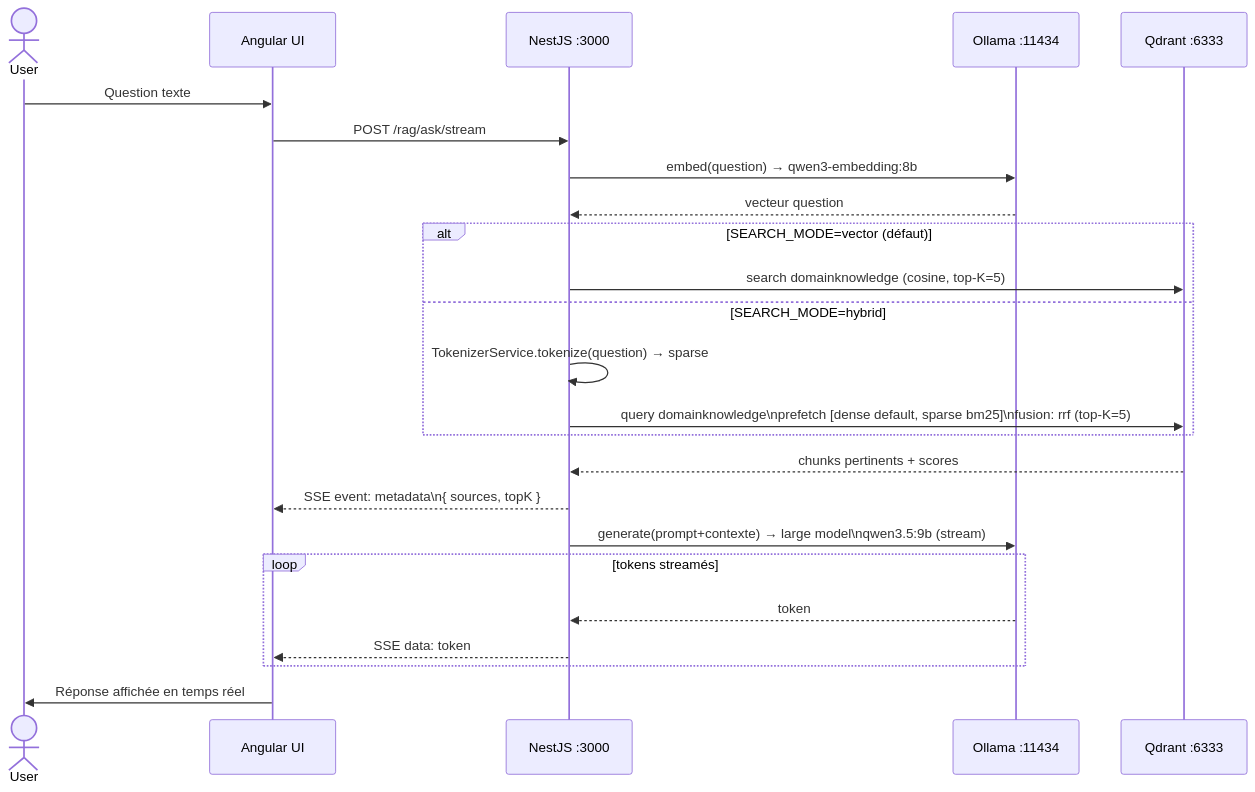
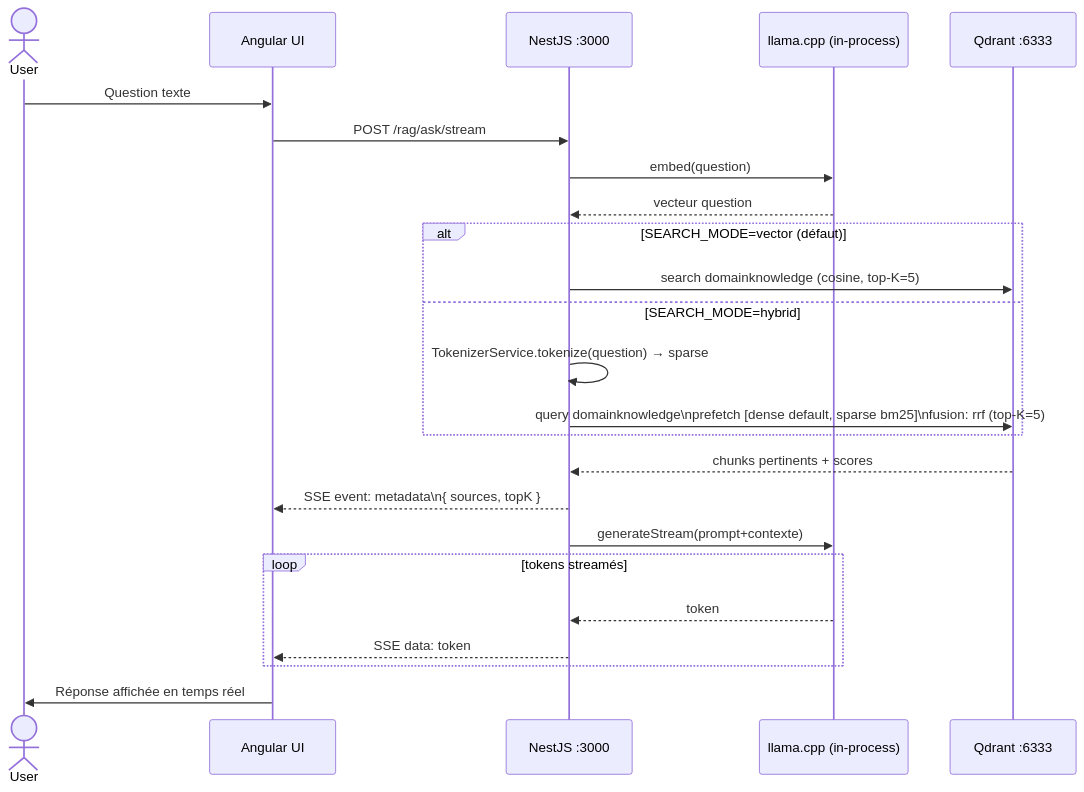
One commit to Yesub/jarvis-full-solution changed the third of 11 diagrams in plan/architecture-flows.md. Above: the diagram before and after it, drawn with Mermaid. The commit also changed other lines of this file and 21 other files, not shown here.

First line of the commit message:
feat: add monitoring scripts for llama.cpp and implement LlamaCpp module and service

````diff
--- a/plan/architecture-flows.md
+++ b/plan/architecture-flows.md
@@ -119,27 +117,27 @@
 ```mermaid
 sequenceDiagram
     actor User
     participant UI as Angular UI
     participant NestJS as NestJS :3000
-    participant Ollama as Ollama :11434
+    participant LlamaCpp as llama.cpp (in-process)
     participant Qdrant as Qdrant :6333
 
     User->>UI: Question texte
     UI->>NestJS: POST /rag/ask/stream
-    NestJS->>Ollama: embed(question) → qwen3-embedding:8b
-    Ollama-->>NestJS: vecteur question
+    NestJS->>LlamaCpp: embed(question)
+    LlamaCpp-->>NestJS: vecteur question
     alt SEARCH_MODE=vector (défaut)
         NestJS->>Qdrant: search domainknowledge (cosine, top-K=5)
     else SEARCH_MODE=hybrid
         NestJS->>NestJS: TokenizerService.tokenize(question) → sparse
         NestJS->>Qdrant: query domainknowledge\nprefetch [dense default, sparse bm25]\nfusion: rrf (top-K=5)
     end
     Qdrant-->>NestJS: chunks pertinents + scores
     NestJS-->>UI: SSE event: metadata\n{ sources, topK }
-    NestJS->>Ollama: generate(prompt+contexte) → large model\nqwen3.5:9b (stream)
+    NestJS->>LlamaCpp: generateStream(prompt+contexte)
     loop tokens streamés
-        Ollama-->>NestJS: token
+        LlamaCpp-->>NestJS: token
         NestJS-->>UI: SSE data: token
     end
     UI->>User: Réponse affichée en temps réel
 ```
````
